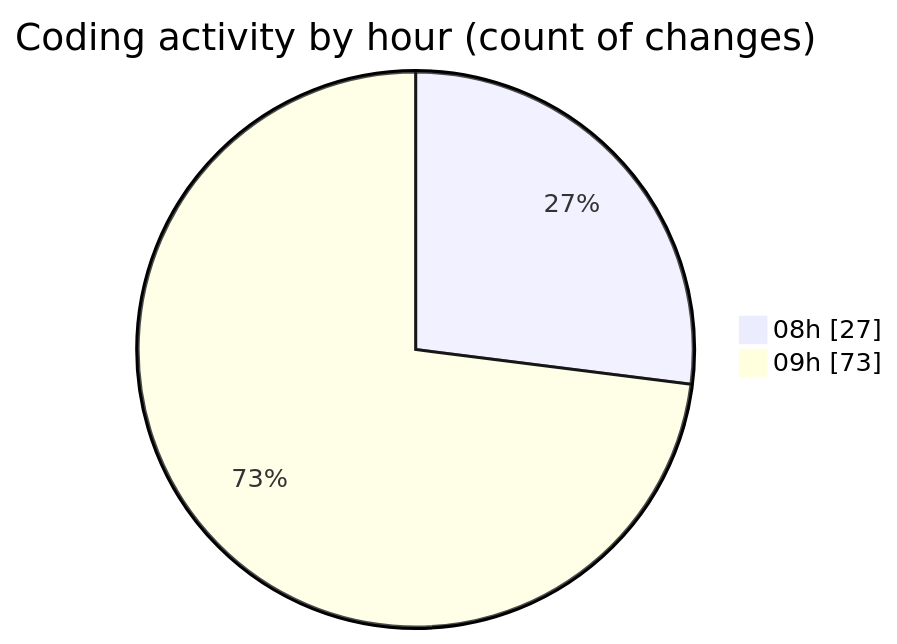
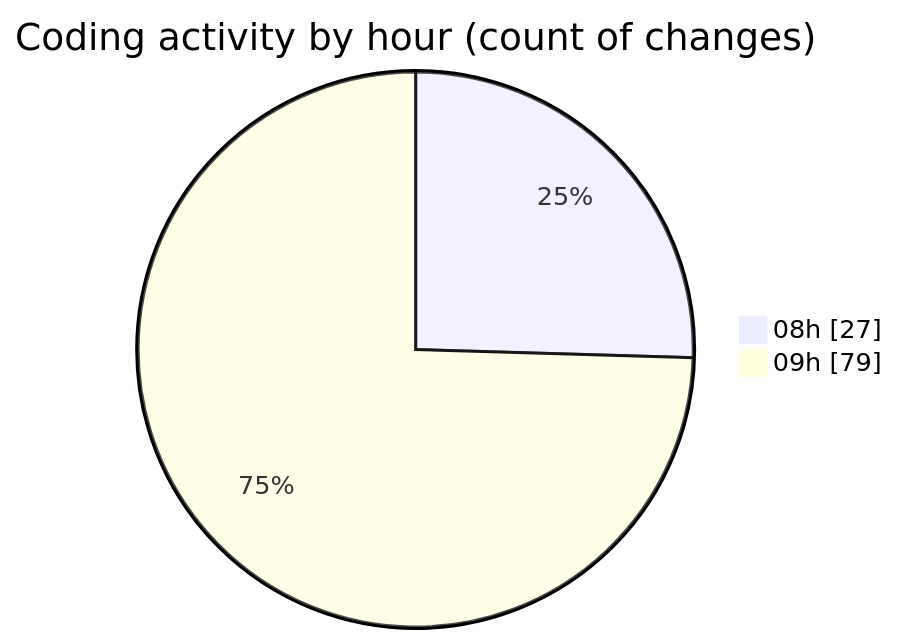
Before and after one commit to ernivani/code-tracking: the second of 2 diagrams in 2025-01-03/nextjs-webllm/README.md, drawn with Mermaid. The commit also changed other lines of this file and 5 other files, not shown here.

````diff
--- a/2025-01-03/nextjs-webllm/README.md
+++ b/2025-01-03/nextjs-webllm/README.md
@@ -60,6 +61,6 @@
 ```mermaid
 pie showData
 title Coding activity by hour (count of changes)
 "08h" : 27
-"09h" : 73
+"09h" : 79
 ```
````
